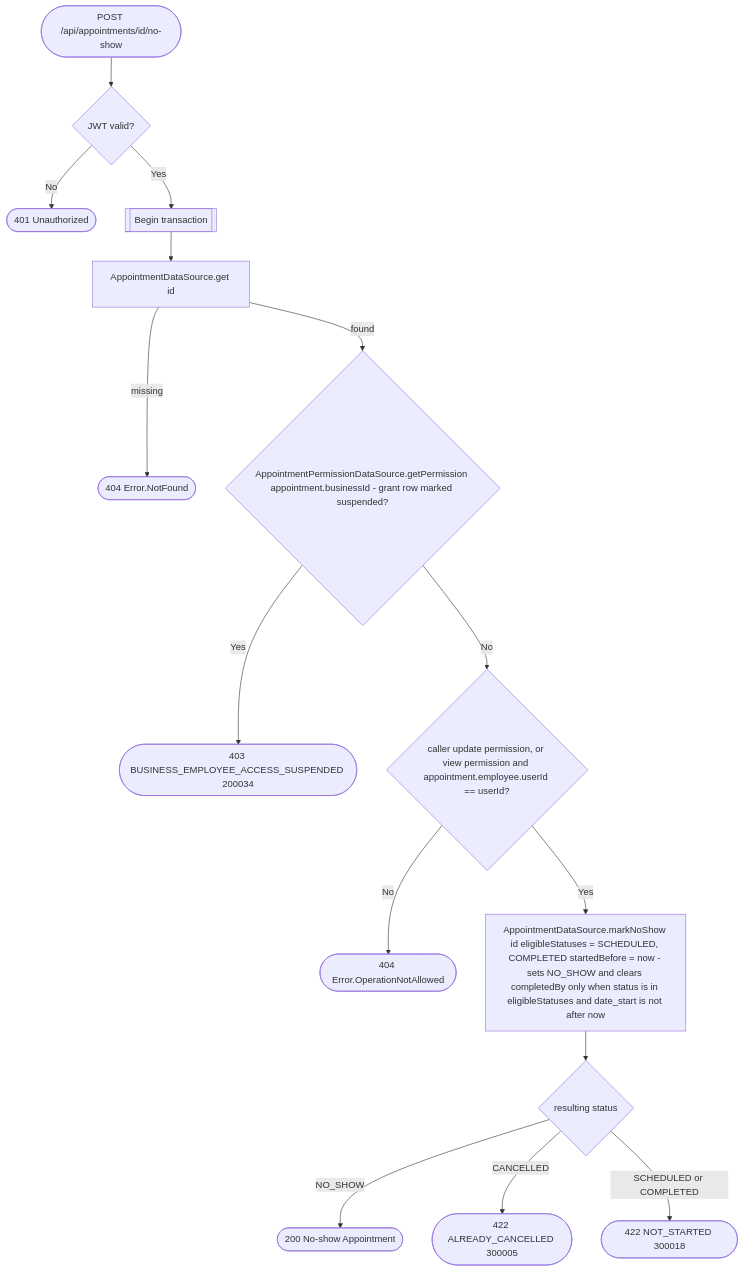
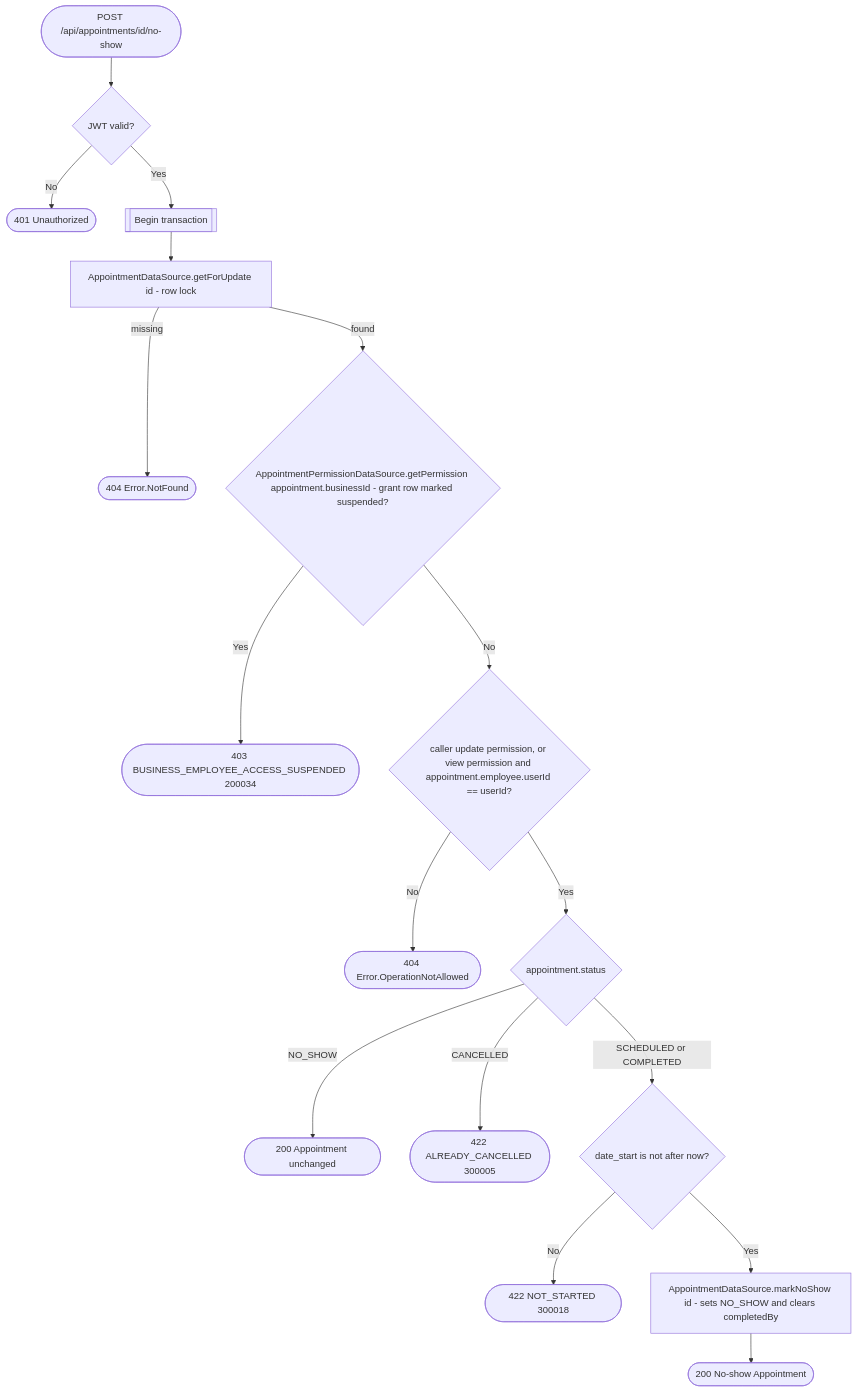
The diagram in docs/operations/appointments/mark-appointment-no-show.md (an22/bookk.me-backend), drawn with Mermaid before and after one commit. The commit also changed other lines of this file and 80 other files, not shown here.

````diff
--- a/docs/operations/appointments/mark-appointment-no-show.md
+++ b/docs/operations/appointments/mark-appointment-no-show.md
@@ -22,17 +24,19 @@
 ```mermaid
 flowchart TD
     Start([POST /api/appointments/id/no-show]) --> Auth{JWT valid?}
     Auth -- No --> R401([401 Unauthorized])
     Auth -- Yes --> Tx[[Begin transaction]]
-    Tx --> Get[AppointmentDataSource.get id]
+    Tx --> Get[AppointmentDataSource.getForUpdate id - row lock]
     Get -- missing --> R404a([404 Error.NotFound])
     Get -- found --> Suspended{AppointmentPermissionDataSource.getPermission appointment.businessId - grant row marked suspended?}
     Suspended -- Yes --> R403s([403 BUSINESS_EMPLOYEE_ACCESS_SUSPENDED 200034])
     Suspended -- No --> Perm{caller update permission, or view permission and appointment.employee.userId == userId?}
     Perm -- No --> R404b([404 Error.OperationNotAllowed])
-    Perm -- Yes --> Mark[AppointmentDataSource.markNoShow id eligibleStatuses = SCHEDULED, COMPLETED startedBefore = now - sets NO_SHOW and clears completedBy only when status is in eligibleStatuses and date_start is not after now]
-    Mark --> Status{resulting status}
-    Status -- NO_SHOW --> R200([200 No-show Appointment])
+    Perm -- Yes --> Status{appointment.status}
+    Status -- NO_SHOW --> R200u([200 Appointment unchanged])
     Status -- CANCELLED --> R422a([422 ALREADY_CANCELLED 300005])
-    Status -- SCHEDULED or COMPLETED --> R422b([422 NOT_STARTED 300018])
+    Status -- SCHEDULED or COMPLETED --> Started{date_start is not after now?}
+    Started -- No --> R422b([422 NOT_STARTED 300018])
+    Started -- Yes --> Mark[AppointmentDataSource.markNoShow id - sets NO_SHOW and clears completedBy]
+    Mark --> R200([200 No-show Appointment])
 ```
````
